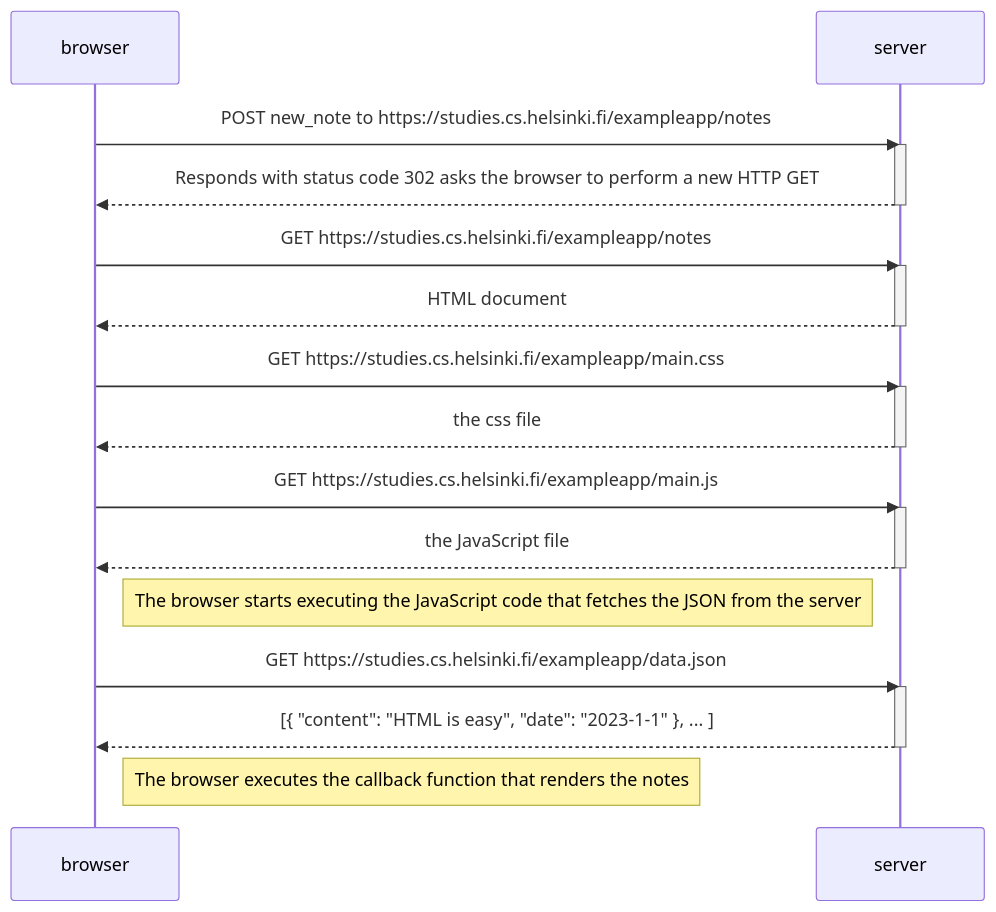
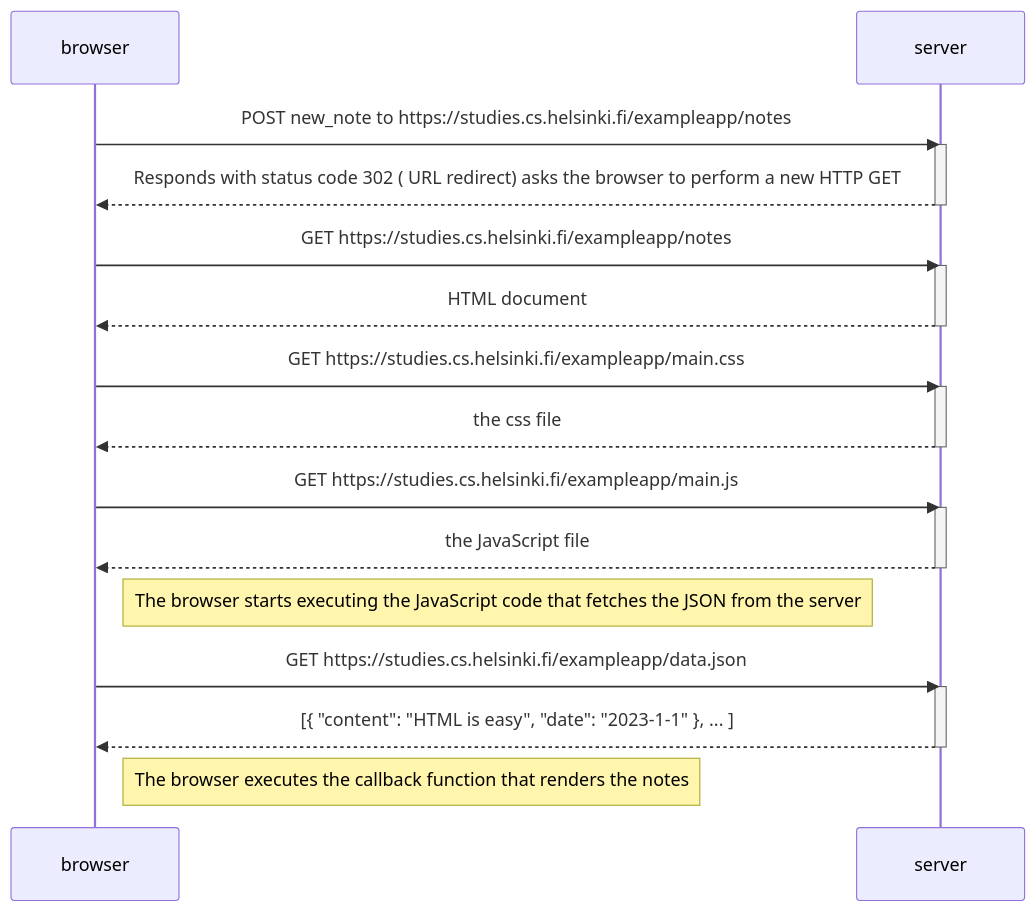
The diagram in part0/Exercise0.4.md (MiguelSequera/Full-Stack-Open), drawn with Mermaid before and after one commit.

````diff
--- a/part0/Exercise0.4.md
+++ b/part0/Exercise0.4.md
@@ -2,34 +2,34 @@
 ```mermaid
 sequenceDiagram
     participant browser
     participant server
 
     browser->>server: POST new_note to https://studies.cs.helsinki.fi/exampleapp/notes
     activate server
-    server-->>browser: Responds with status code 302  asks the browser to perform a new HTTP GET 
+    server-->>browser: Responds with status code 302 ( URL redirect)  asks the browser to perform a new HTTP GET 
     deactivate server
 
     browser->>server: GET https://studies.cs.helsinki.fi/exampleapp/notes
     activate server
     server-->>browser: HTML document
     deactivate server
 
     browser->>server: GET https://studies.cs.helsinki.fi/exampleapp/main.css
     activate server
     server-->>browser: the css file
     deactivate server
 
     browser->>server: GET https://studies.cs.helsinki.fi/exampleapp/main.js
     activate server
     server-->>browser: the JavaScript file
     deactivate server
 
     Note right of browser: The browser starts executing the JavaScript code that fetches the JSON from the server
 
     browser->>server: GET https://studies.cs.helsinki.fi/exampleapp/data.json
     activate server
     server-->>browser: [{ "content": "HTML is easy", "date": "2023-1-1" }, ... ]
     deactivate server
 
     Note right of browser: The browser executes the callback function that renders the notes
 ```
````
